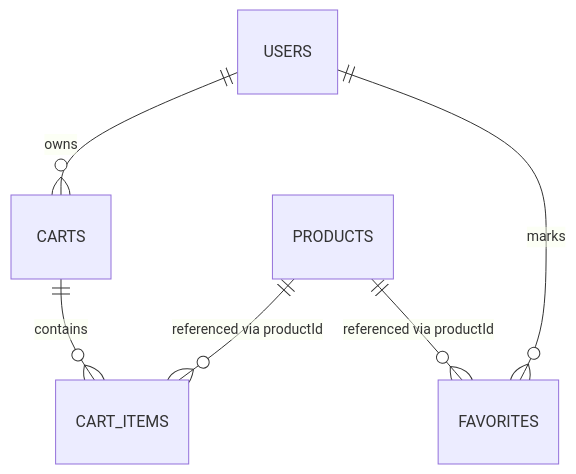
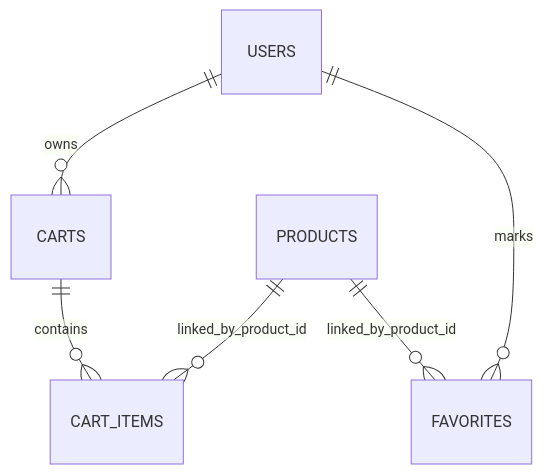
Before and after one commit to Tinyik7/ecommerce: the diagram in docs/database.md, drawn with Mermaid. The commit also changed other lines of this file and 6 other files, not shown here.

````diff
--- a/docs/database.md
+++ b/docs/database.md
@@ -9,8 +9,8 @@
 ```mermaid
 erDiagram
     USERS ||--o{ CARTS : owns
     USERS ||--o{ FAVORITES : marks
     CARTS ||--o{ CART_ITEMS : contains
-    PRODUCTS ||--o{ CART_ITEMS : "referenced via productId"
-    PRODUCTS ||--o{ FAVORITES : "referenced via productId"
+    PRODUCTS ||--o{ CART_ITEMS : linked_by_product_id
+    PRODUCTS ||--o{ FAVORITES : linked_by_product_id
 ```
````
